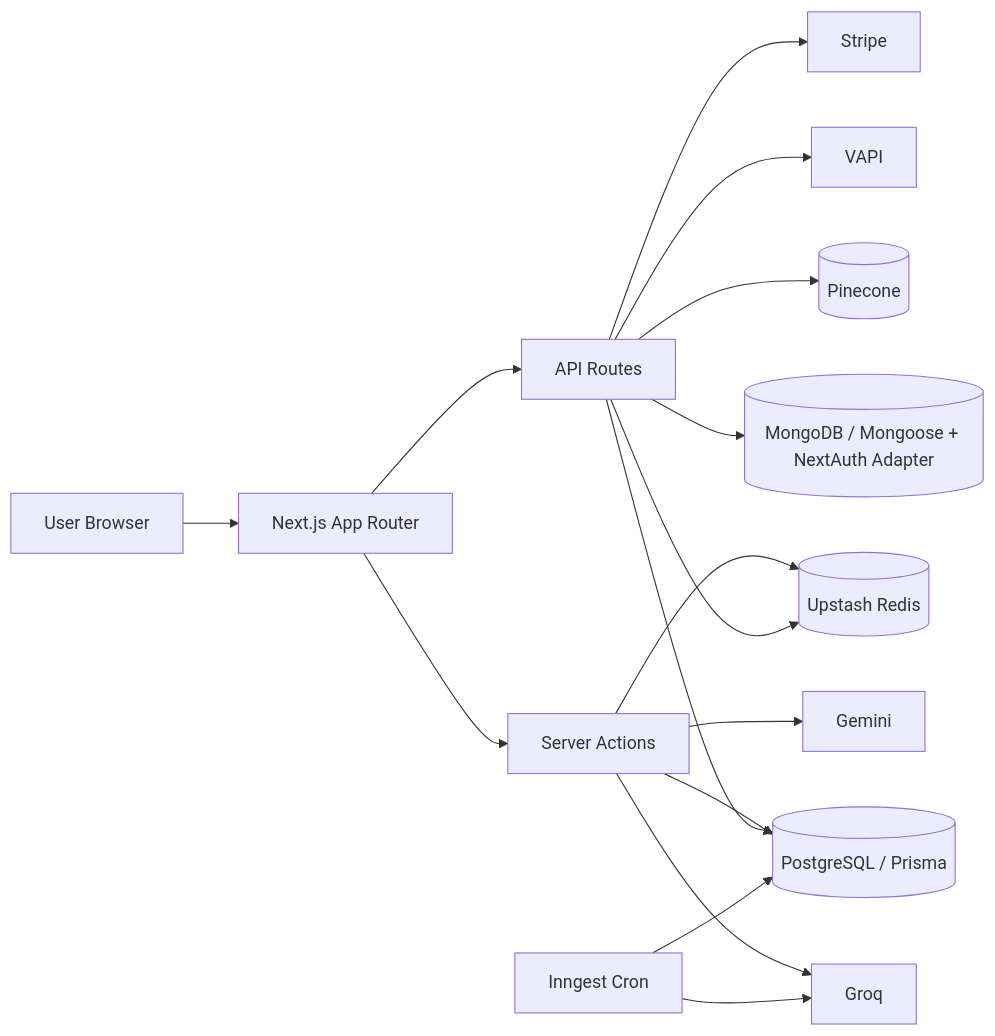
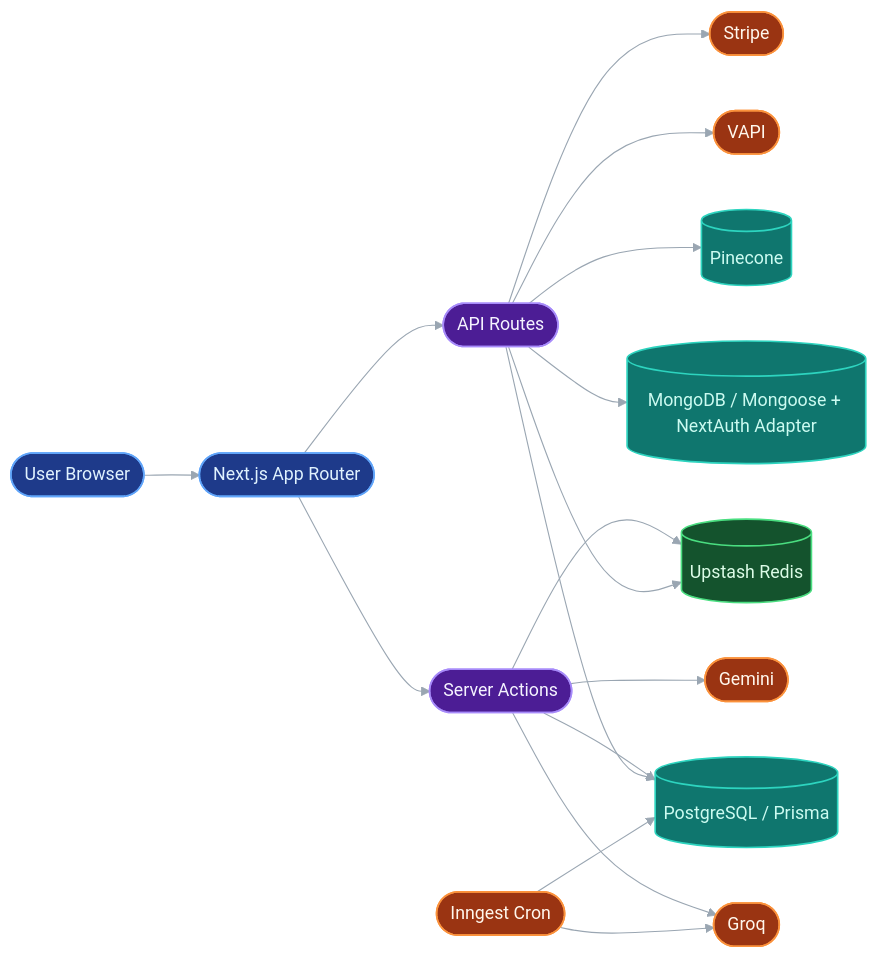
The first of 4 diagrams in README.md (AbhinavSinghBhadouria/InterViewX), drawn with Mermaid before and after one commit. The commit also changed other lines of this file and 1 other file, not shown here.

Commit message:
Add styling to mermaid diagrams

````diff
--- a/README.md
+++ b/README.md
@@ -53,21 +53,34 @@
 ```mermaid
+%%{init: {"theme": "base", "themeVariables": {"background": "#0b1020", "primaryColor": "#1b2333", "primaryBorderColor": "#3a4a66", "primaryTextColor": "#e6edf3", "lineColor": "#9aa6b2"}, "flowchart": {"curve": "basis"}}}%%
 flowchart LR
-  U[User Browser] --> N[Next.js App Router]
-  N --> SA[Server Actions]
-  N --> API[API Routes]
+  U([User Browser]) --> N([Next.js App Router])
+  N --> SA([Server Actions])
+  N --> API([API Routes])
 
   SA --> P[(PostgreSQL / Prisma)]
   SA --> R[(Upstash Redis)]
-  SA --> G[Groq]
-  SA --> GM[Gemini]
+  SA --> G([Groq])
+  SA --> GM([Gemini])
 
   API --> M[(MongoDB / Mongoose + NextAuth Adapter)]
   API --> P
   API --> R
   API --> PC[(Pinecone)]
-  API --> V[VAPI]
-  API --> S[Stripe]
+  API --> V([VAPI])
+  API --> S([Stripe])
 
-  I[Inngest Cron] --> P
+  I([Inngest Cron]) --> P
   I --> G
+
+  classDef frontend fill:#1e3a8a,stroke:#60a5fa,color:#e0f2fe,stroke-width:1.5px;
+  classDef api fill:#4c1d95,stroke:#a78bfa,color:#f5f3ff,stroke-width:1.5px;
+  classDef cache fill:#14532d,stroke:#4ade80,color:#dcfce7,stroke-width:1.5px;
+  classDef database fill:#0f766e,stroke:#2dd4bf,color:#ccfbf1,stroke-width:1.5px;
+  classDef external fill:#9a3412,stroke:#fb923c,color:#fff7ed,stroke-width:1.5px;
+
+  class U,N frontend;
+  class SA,API api;
+  class R cache;
+  class P,M,PC database;
+  class G,GM,V,S,I external;
 ```
````
